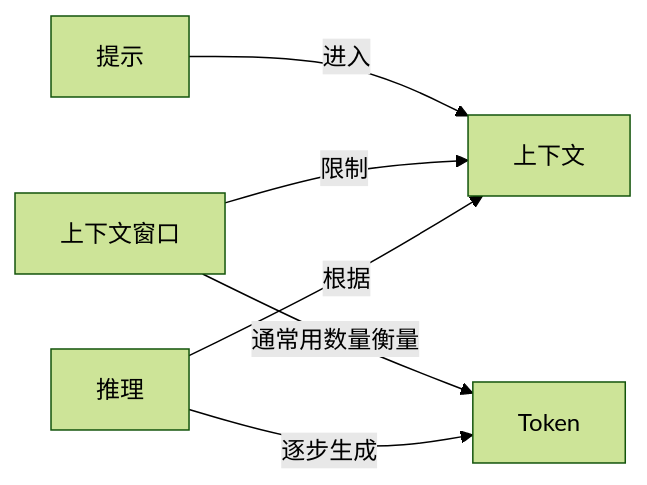
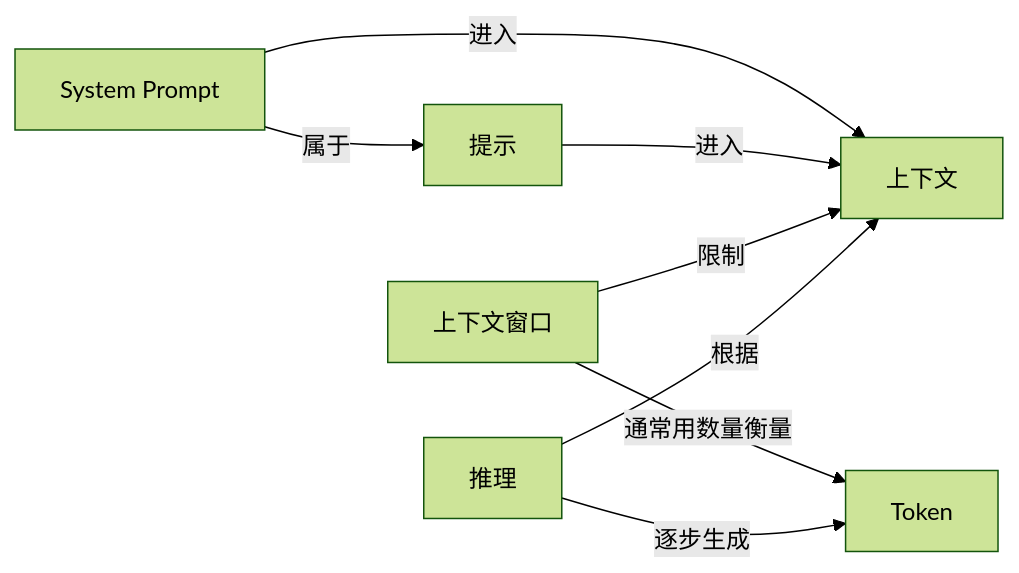
The third of 9 diagrams in 知识网络.md (z-Zihan/LLM-101), drawn with Mermaid (forest theme) before and after one commit. The commit also changed other lines of this file and 15 other files, not shown here.

Commit message:
docs: complete long-term roadmap batch one

````diff
--- a/知识网络.md
+++ b/知识网络.md
@@ -133,13 +151,16 @@
 ```mermaid
 flowchart LR
     n_prompt["提示"]
     n_token["Token"]
     n_context["上下文"]
     n_context_window["上下文窗口"]
     n_inference["推理"]
+    n_system_prompt["System Prompt"]
+    n_system_prompt -->|"属于"| n_prompt
+    n_system_prompt -->|"进入"| n_context
     n_prompt -->|"进入"| n_context
     n_context_window -->|"限制"| n_context
     n_context_window -->|"通常用数量衡量"| n_token
     n_inference -->|"根据"| n_context
     n_inference -->|"逐步生成"| n_token
 ```
````
